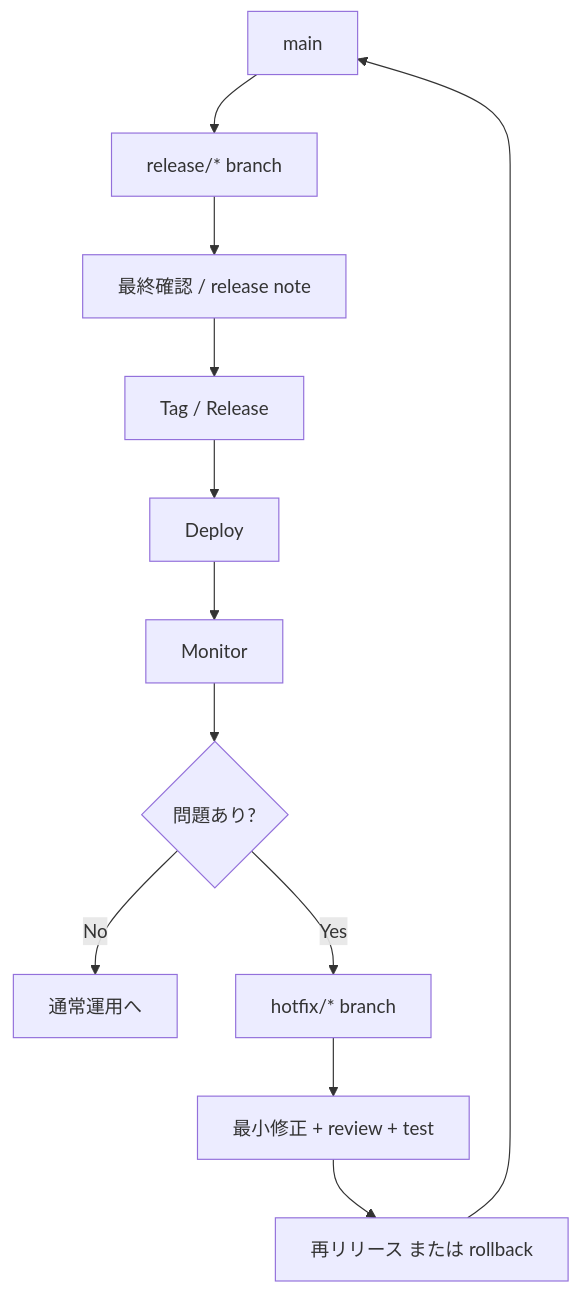
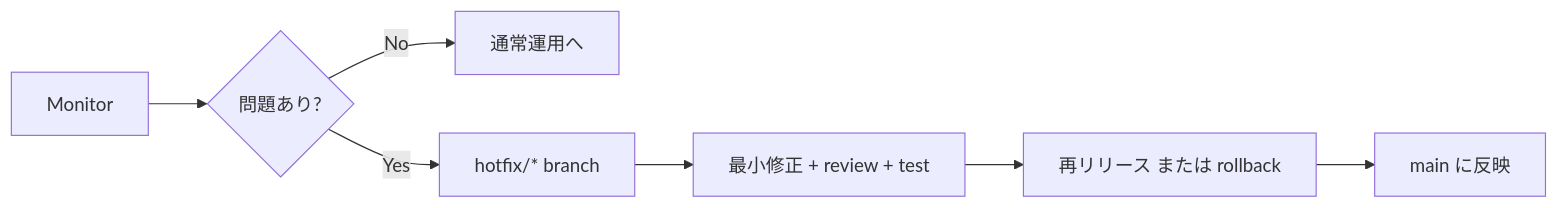
Before and after one commit to duwenji/github-copilot-practical-workflows-tutorial: the second of 2 diagrams in docs/05-release-hotfix-and-operations/05-release-flow-diagram.md, drawn with Mermaid. The commit also changed other lines of this file and 1 other file, not shown here.

Commit message:
Refine workflow diagrams for PDF layout

````diff
--- a/docs/05-release-hotfix-and-operations/05-release-flow-diagram.md
+++ b/docs/05-release-hotfix-and-operations/05-release-flow-diagram.md
@@ -5,14 +18,9 @@
 ```mermaid
-flowchart TD
-    A[main] --> B[release/* branch]
-    B --> C[最終確認 / release note]
-    C --> D[Tag / Release]
-    D --> E[Deploy]
-    E --> F[Monitor]
-    F --> G{問題あり?}
+flowchart LR
+    F[Monitor] --> G{問題あり?}
     G -- No --> H[通常運用へ]
     G -- Yes --> I[hotfix/* branch]
     I --> J[最小修正 + review + test]
     J --> K[再リリース または rollback]
-    K --> A
+    K --> A[main に反映]
 ```
````
